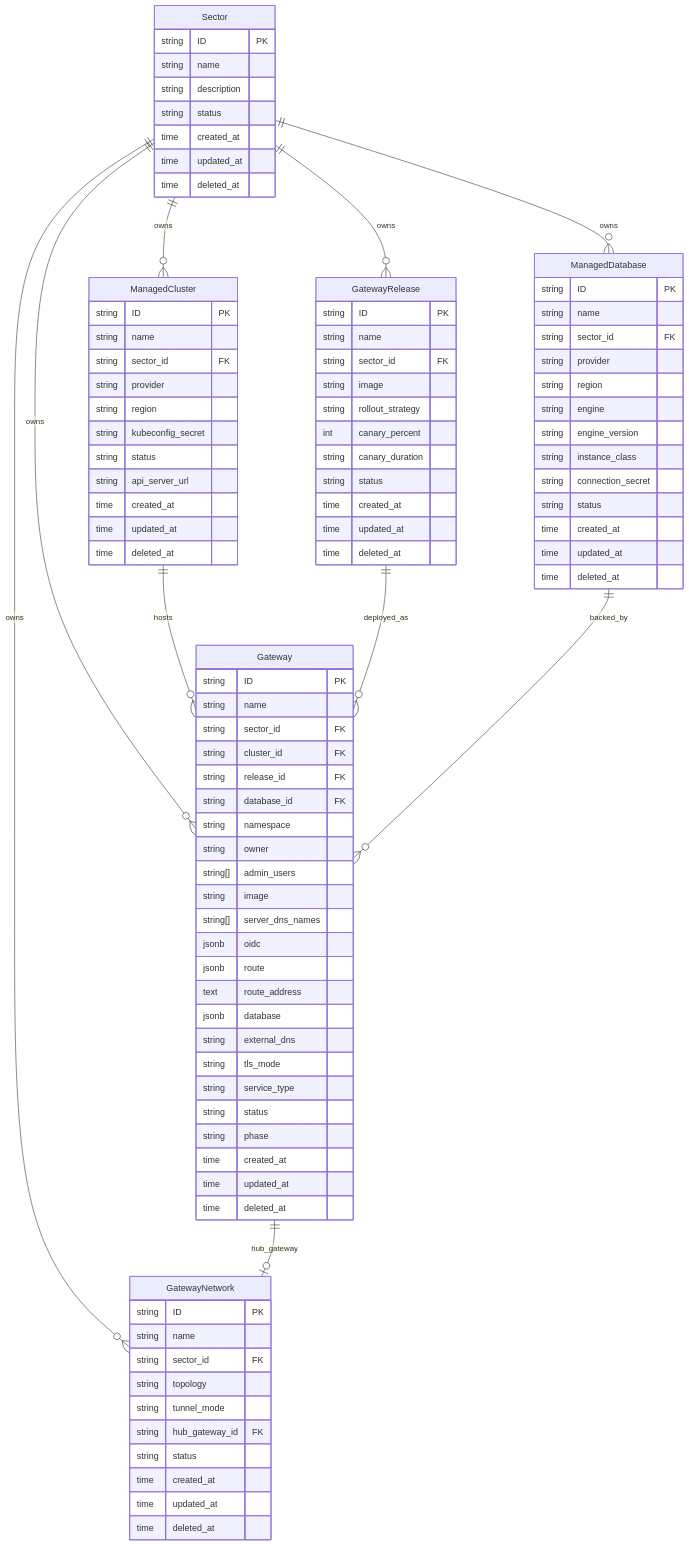
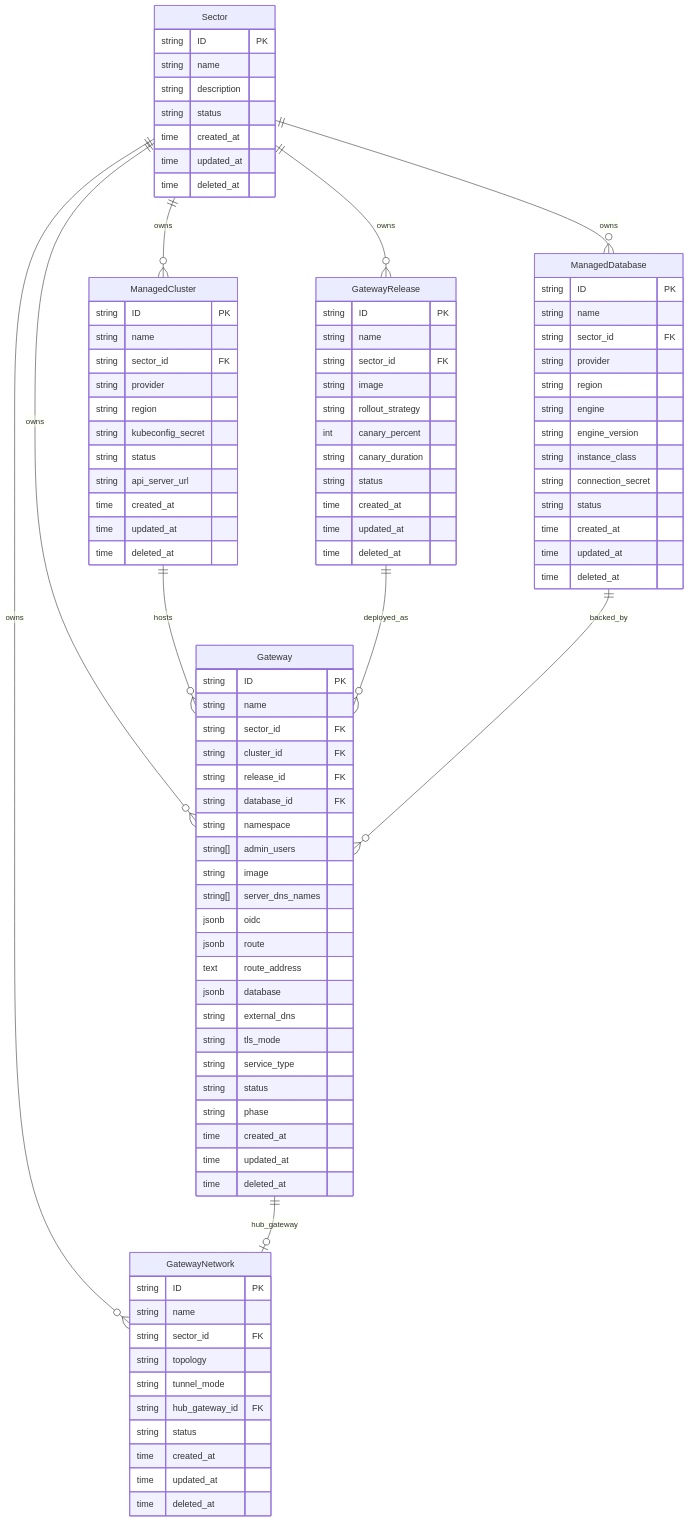
Before and after one commit to openshift-online/hypershell: the diagram in specs/platform/data-model.spec.md, drawn with Mermaid. The commit also changed other lines of this file and 4 other files, not shown here.

```diff
--- a/specs/platform/data-model.spec.md
+++ b/specs/platform/data-model.spec.md
@@ -81,7 +81,6 @@
         string release_id FK
         string database_id FK
         string namespace
-        string owner
         string[] admin_users
         string image
         string[] server_dns_names
```
